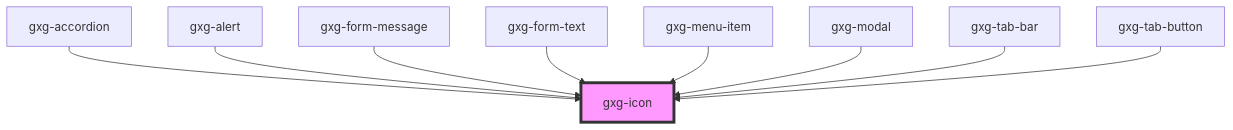
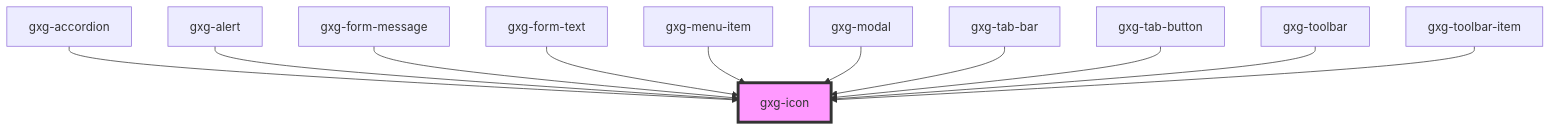
Before and after one commit to genexuslabs/gemini: the diagram in src/components/icon/readme.md, drawn with Mermaid. The commit also changed other lines of this file and 29 other files, not shown here.

````diff
--- a/src/components/icon/readme.md
+++ b/src/components/icon/readme.md
@@ -37,12 +39,14 @@
 ```mermaid
 graph TD;
   gxg-accordion --> gxg-icon
   gxg-alert --> gxg-icon
   gxg-form-message --> gxg-icon
   gxg-form-text --> gxg-icon
   gxg-menu-item --> gxg-icon
   gxg-modal --> gxg-icon
   gxg-tab-bar --> gxg-icon
   gxg-tab-button --> gxg-icon
+  gxg-toolbar --> gxg-icon
+  gxg-toolbar-item --> gxg-icon
   style gxg-icon fill:#f9f,stroke:#333,stroke-width:4px
 ```
````
